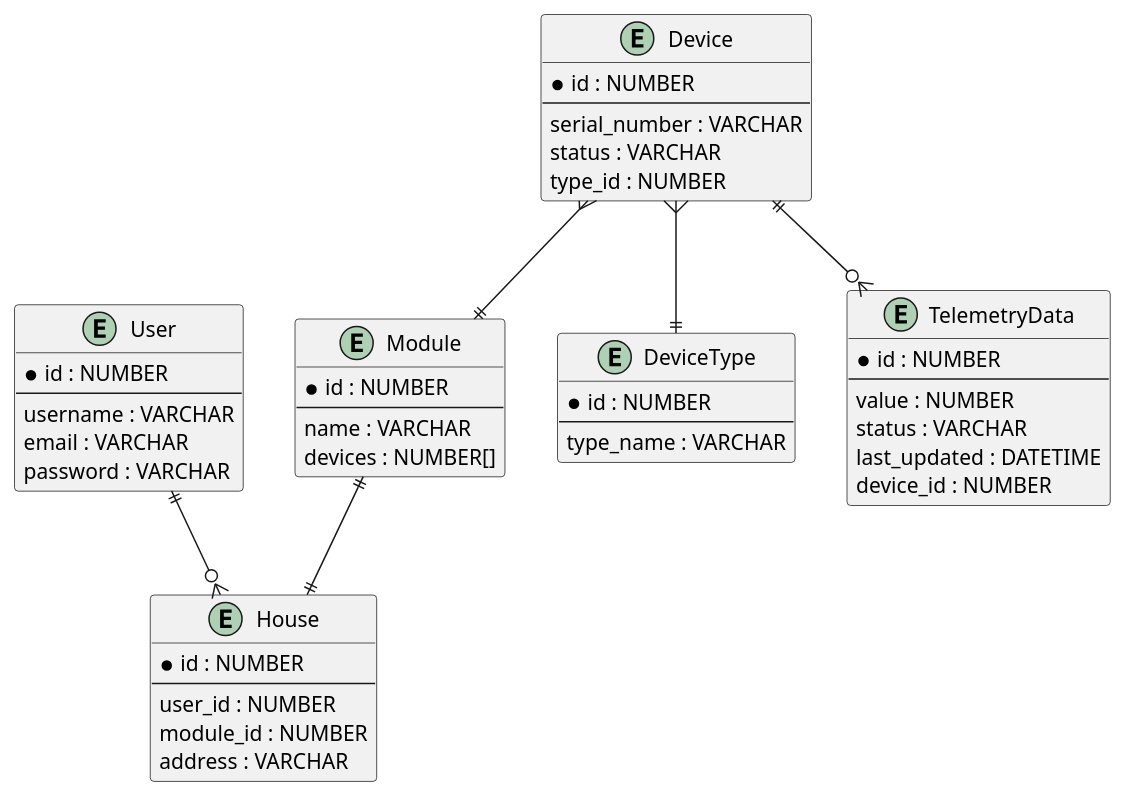
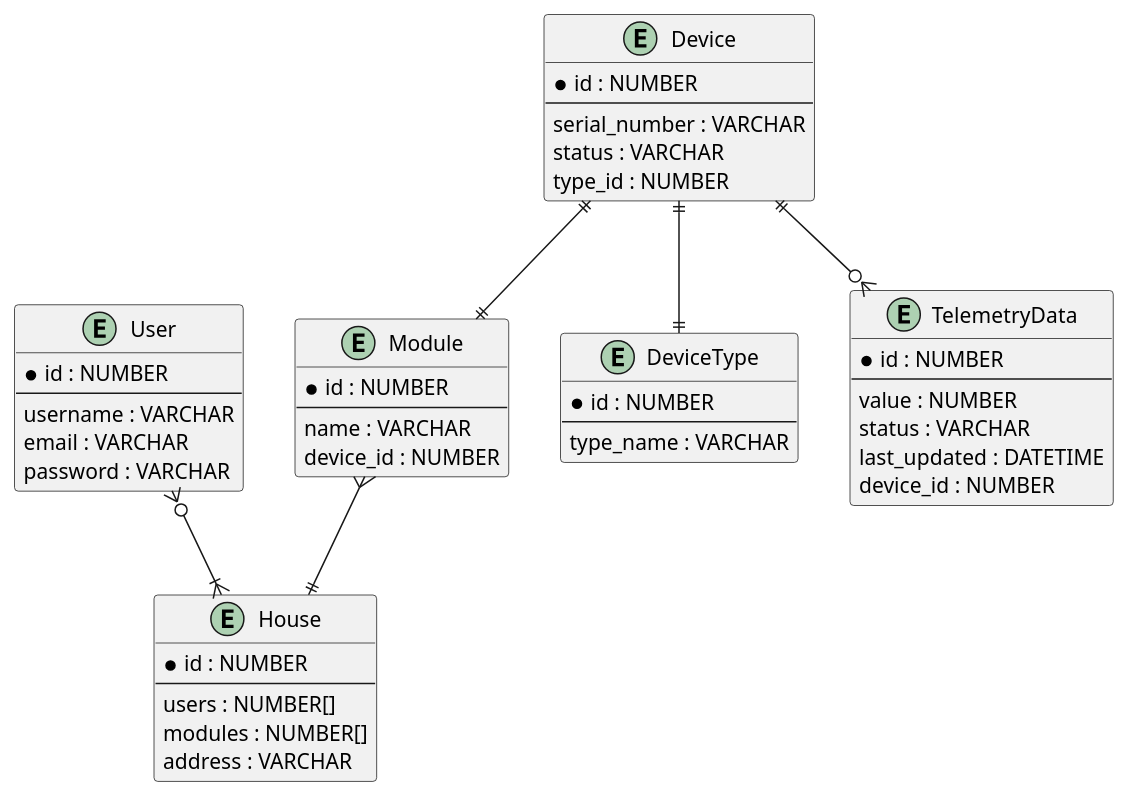
The diagram in diagrams/ER.puml (mkuzmin-private/architecture-sprint-3), drawn with PlantUML before and after one commit. The commit also changed 1 other file, not shown here.

```diff
--- a/diagrams/ER.puml
+++ b/diagrams/ER.puml
@@ -1,48 +1,48 @@
 @startuml
 entity "User" {
   * id : NUMBER
   --
   username : VARCHAR
   email : VARCHAR
   password : VARCHAR
 }
 entity "Module" {
   * id : NUMBER
   --
   name : VARCHAR
-  devices : NUMBER[]
+  device_id : NUMBER
 }
 entity "House" {
   * id : NUMBER
   --
-  user_id : NUMBER
-  module_id : NUMBER
+  users : NUMBER[]
+  modules : NUMBER[]
   address : VARCHAR
 }
 entity "DeviceType" {
   * id : NUMBER
   --
   type_name : VARCHAR
 }
 entity "Device" {
   * id : NUMBER
   --
   serial_number : VARCHAR
   status : VARCHAR
   type_id : NUMBER
 }
 entity "TelemetryData" {
   * id : NUMBER
   --
   value : NUMBER
   status : VARCHAR
   last_updated : DATETIME
   device_id : NUMBER
 }
 
 Device ||--o{ TelemetryData
-Device }--|| DeviceType
-Device }--|| Module
-Module ||--|| House
-User ||--o{ House
+Device ||--|| DeviceType
+Device ||--|| Module
+Module }--|| House
+User }o--|{ House
 @enduml
```
